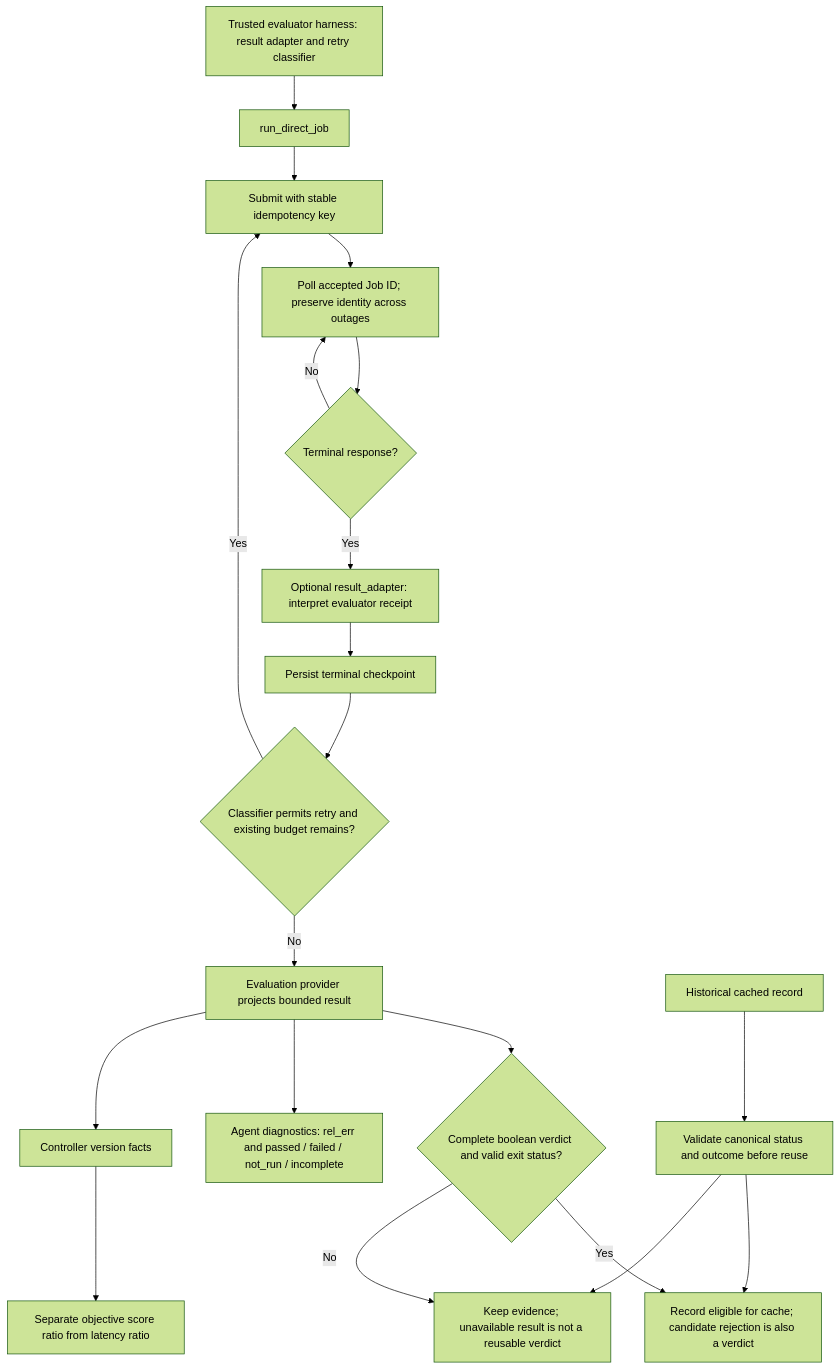
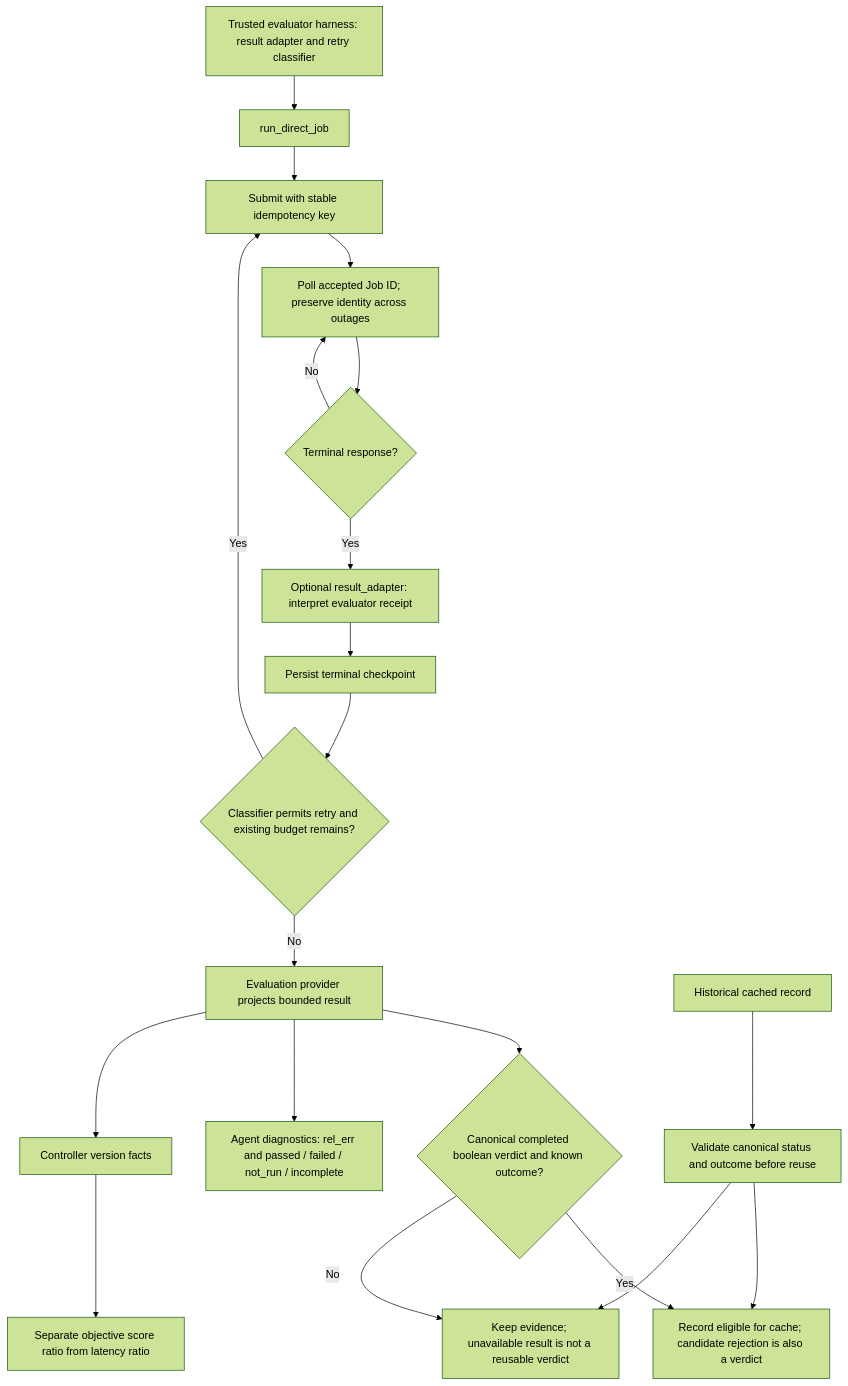
Before and after one commit to alibaba/atrex-kernel-agent: the first of 2 diagrams in docs/evaluator-outcomes/README.md, drawn with Mermaid (forest theme). The commit also changed other lines of this file and 6 other files, not shown here.

````diff
--- a/docs/evaluator-outcomes/README.md
+++ b/docs/evaluator-outcomes/README.md
@@ -9,22 +9,22 @@
 ```mermaid
 flowchart TD
   H["Trusted evaluator harness: result adapter and retry classifier"] --> G["run_direct_job"]
   G --> S["Submit with stable idempotency key"]
   S --> P["Poll accepted Job ID; preserve identity across outages"]
   P --> T{"Terminal response?"}
   T -->|No| P
   T -->|Yes| A["Optional result_adapter: interpret evaluator receipt"]
   A --> C["Persist terminal checkpoint"]
   C --> R{"Classifier permits retry and existing budget remains?"}
   R -->|Yes| S
   R -->|No| E["Evaluation provider projects bounded result"]
-  E --> W{"Complete boolean verdict and valid exit status?"}
+  E --> W{"Canonical completed boolean verdict and known outcome?"}
   W -->|Yes| M["Record eligible for cache; candidate rejection is also a verdict"]
   W -->|No| U["Keep evidence; unavailable result is not a reusable verdict"]
   O["Historical cached record"] --> V["Validate canonical status and outcome before reuse"]
   V --> M
   V --> U
   E --> D["Agent diagnostics: rel_err and passed / failed / not_run / incomplete"]
   E --> F["Controller version facts"]
   F --> Q["Separate objective score ratio from latency ratio"]
 ```
````
